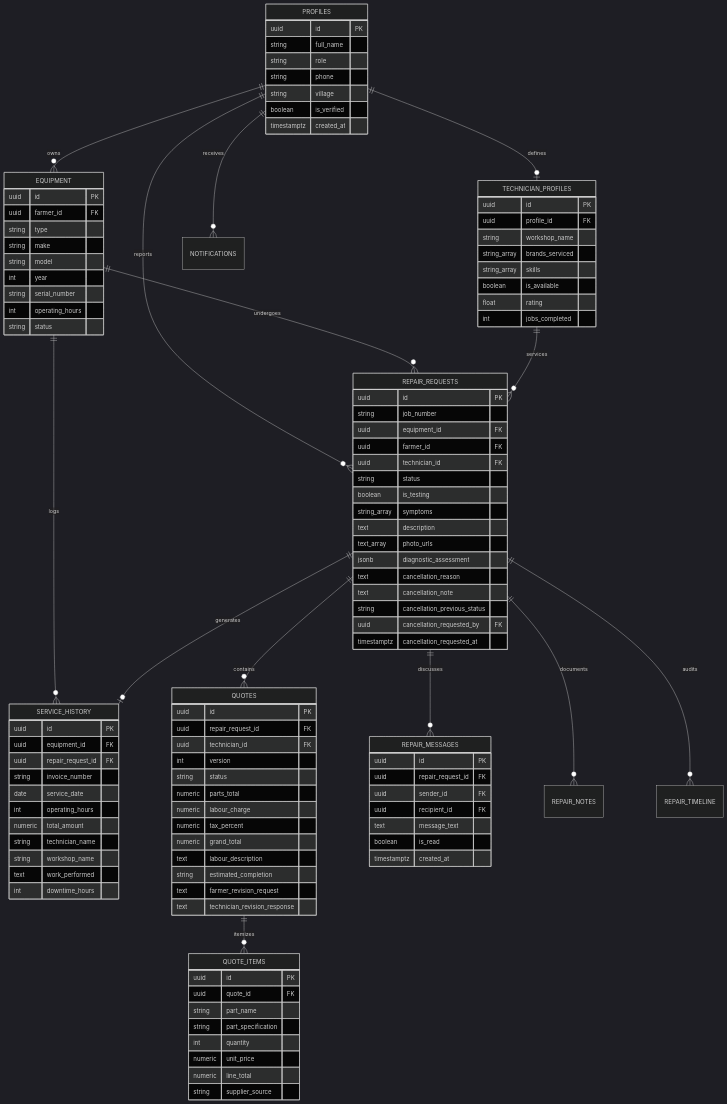
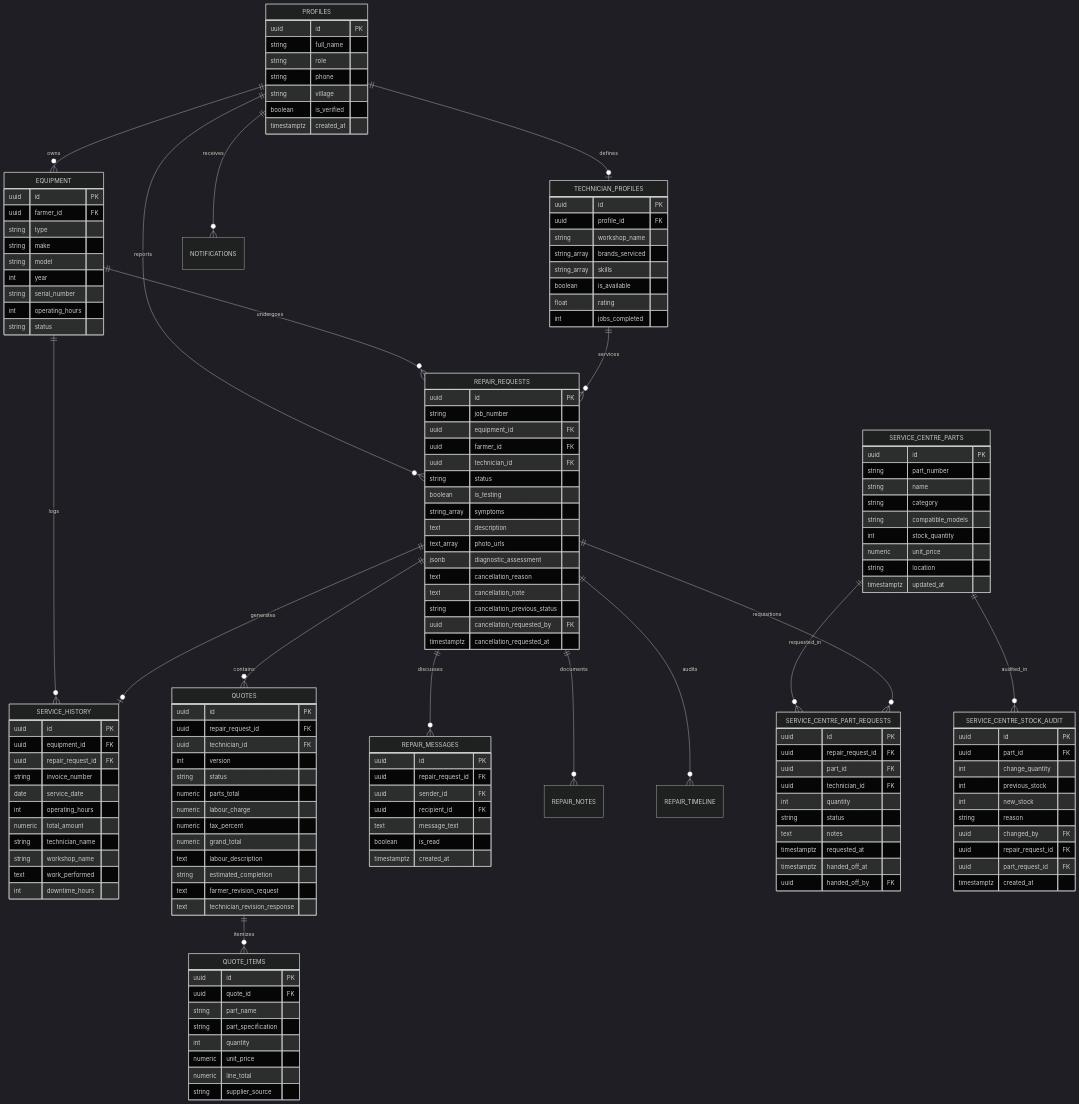
Before and after one commit to ankitchamke/TerraByte: the third of 6 diagrams in ARCHITECTURE.md, drawn with Mermaid (dark theme). The commit also changed other lines of this file and 16 other files, not shown here.

Commit message:
feat(phase-9.1): add service centre parts pickup

````diff
--- a/ARCHITECTURE.md
+++ b/ARCHITECTURE.md
@@ -212,4 +212,46 @@
         text work_performed
         int downtime_hours
     }
+
+    SERVICE_CENTRE_PARTS {
+        uuid id PK
+        string part_number
+        string name
+        string category
+        string compatible_models
+        int stock_quantity
+        numeric unit_price
+        string location
+        timestamptz updated_at
+    }
+
+    SERVICE_CENTRE_PART_REQUESTS {
+        uuid id PK
+        uuid repair_request_id FK
+        uuid part_id FK
+        uuid technician_id FK
+        int quantity
+        string status
+        text notes
+        timestamptz requested_at
+        timestamptz handed_off_at
+        uuid handed_off_by FK
+    }
+
+    SERVICE_CENTRE_STOCK_AUDIT {
+        uuid id PK
+        uuid part_id FK
+        int change_quantity
+        int previous_stock
+        int new_stock
+        string reason
+        uuid changed_by FK
+        uuid repair_request_id FK
+        uuid part_request_id FK
+        timestamptz created_at
+    }
+
+    SERVICE_CENTRE_PARTS ||--o{ SERVICE_CENTRE_PART_REQUESTS : requested_in
+    SERVICE_CENTRE_PARTS ||--o{ SERVICE_CENTRE_STOCK_AUDIT : audited_in
+    REPAIR_REQUESTS ||--o{ SERVICE_CENTRE_PART_REQUESTS : requisitions
 ```
````
